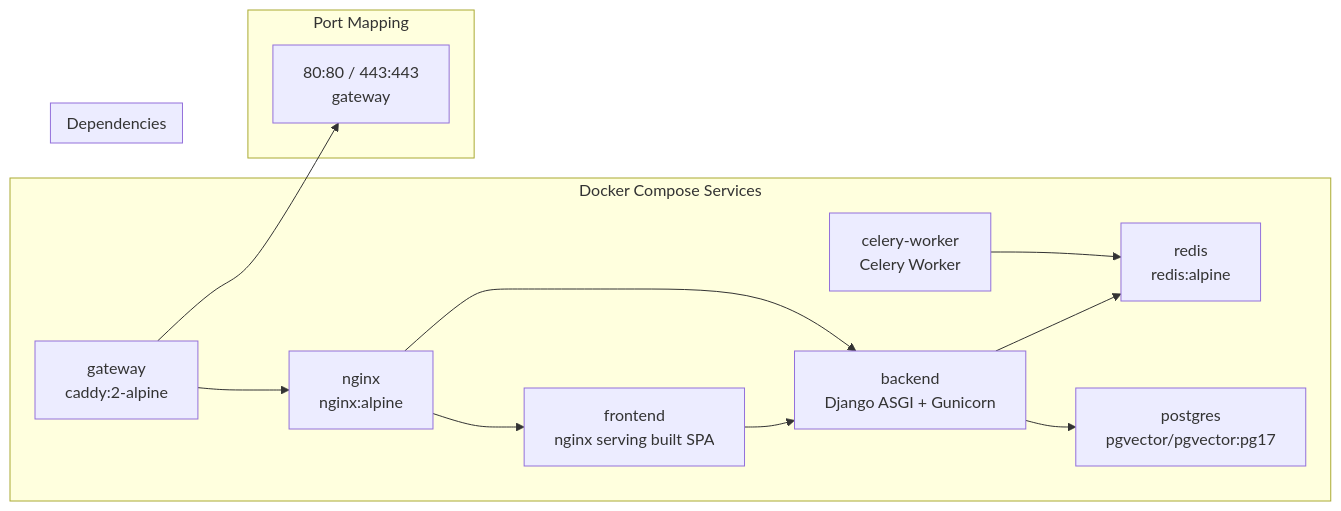
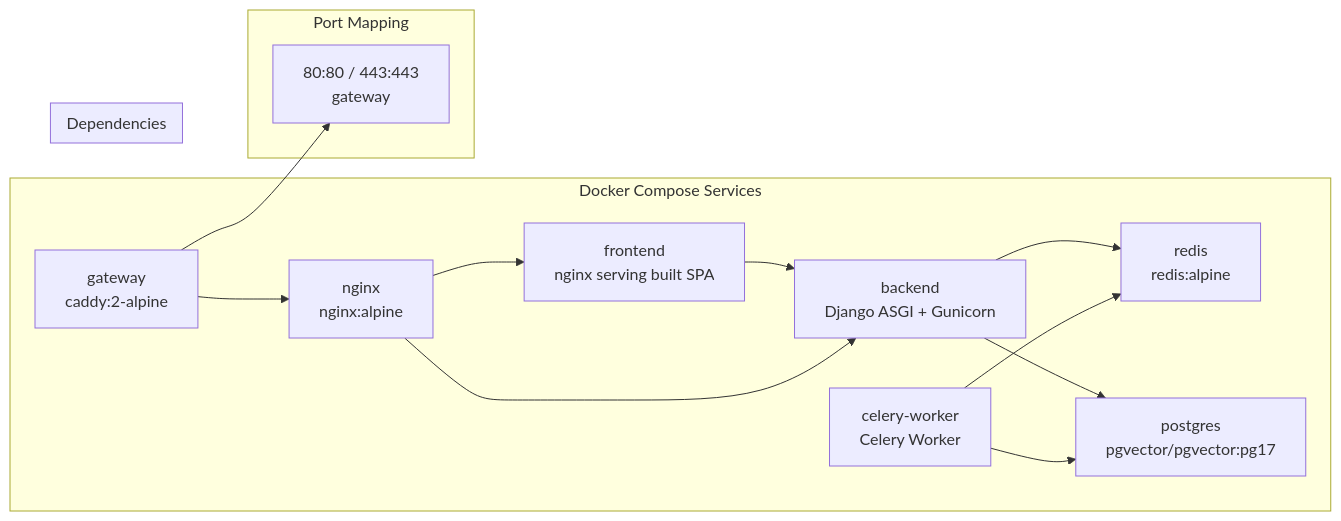
One commit to yukiharada1228/videoq changed the second of 7 diagrams in docs/design/deployment-diagram.md. Above: the diagram before and after it, drawn with Mermaid. The commit also changed other lines of this file, not shown here.

Commit message:
docs: correct celery-worker dependencies and named volume mount paths in deployment diagram

````diff
--- a/docs/design/deployment-diagram.md
+++ b/docs/design/deployment-diagram.md
@@ -86,36 +86,37 @@
 ```mermaid
 graph LR
     subgraph Services["Docker Compose Services"]
         S1["redis
         redis:alpine"]
         S2["postgres
         pgvector/pgvector:pg17"]
         S3["backend
         Django ASGI + Gunicorn"]
         S4["celery-worker
         Celery Worker"]
         S5["frontend
         nginx serving built SPA"]
         S6["nginx
         nginx:alpine"]
         S7["gateway
         caddy:2-alpine"]
     end
 
     subgraph Dependencies["Dependencies"]
         S3 --> S2
         S3 --> S1
         S4 --> S1
+        S4 --> S2
         S5 --> S3
         S6 --> S3
         S6 --> S5
         S7 --> S6
     end
 
     subgraph Ports["Port Mapping"]
         P1["80:80 / 443:443
         gateway"]
     end
 
     S7 --> P1
 ```
````
